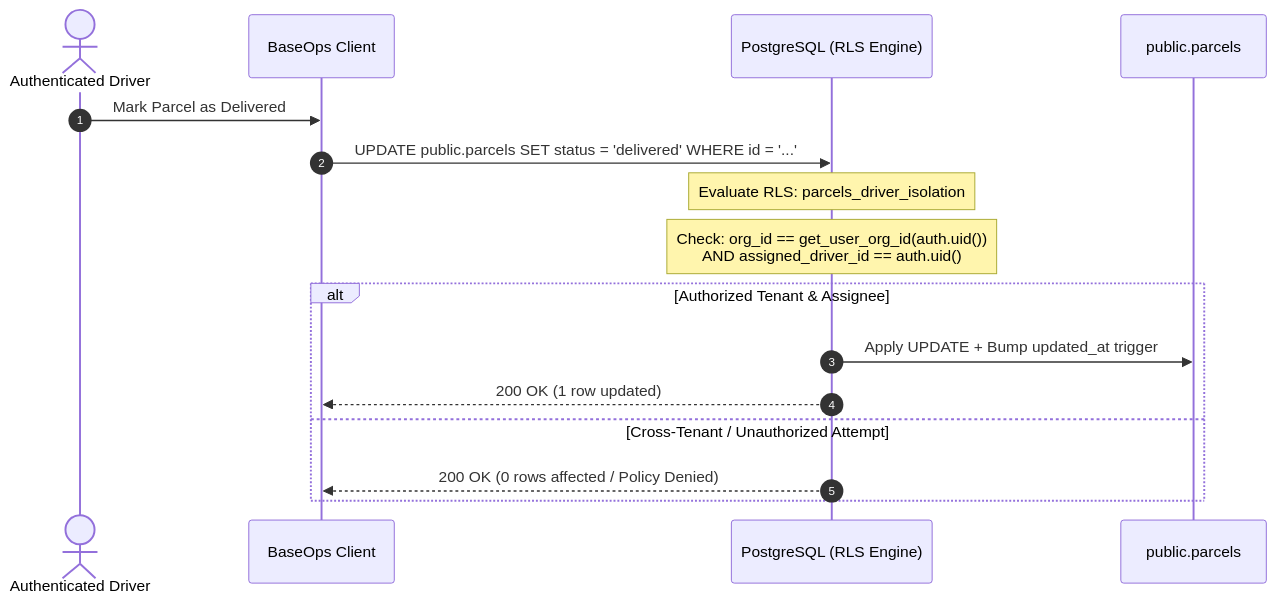
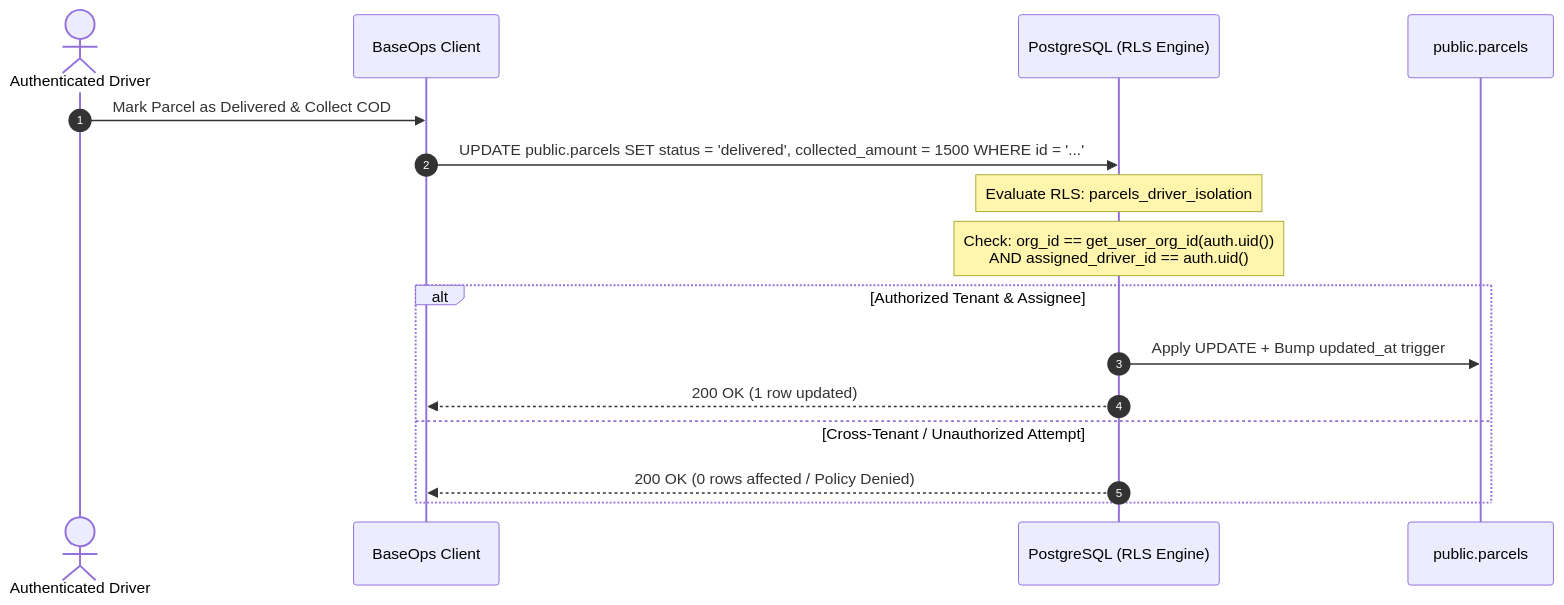
Before and after one commit to JohnApollos/baseops: the second of 5 diagrams in docs/ARCHITECTURE.md, drawn with Mermaid. The commit also changed other lines of this file and 31 other files, not shown here.

````diff
--- a/docs/ARCHITECTURE.md
+++ b/docs/ARCHITECTURE.md
@@ -57,19 +59,19 @@
 ```mermaid
 sequenceDiagram
     autonumber
     actor Driver as Authenticated Driver
     participant App as BaseOps Client
     participant PG as PostgreSQL (RLS Engine)
     participant Data as public.parcels
 
-    Driver->>App: Mark Parcel as Delivered
-    App->>PG: UPDATE public.parcels SET status = 'delivered' WHERE id = '...'
+    Driver->>App: Mark Parcel as Delivered & Collect COD
+    App->>PG: UPDATE public.parcels SET status = 'delivered', collected_amount = 1500 WHERE id = '...'
     Note over PG: Evaluate RLS: parcels_driver_isolation
     Note over PG: Check: org_id == get_user_org_id(auth.uid())<br/>AND assigned_driver_id == auth.uid()
     alt Authorized Tenant & Assignee
         PG->>Data: Apply UPDATE + Bump updated_at trigger
         PG-->>App: 200 OK (1 row updated)
     else Cross-Tenant / Unauthorized Attempt
         PG-->>App: 200 OK (0 rows affected / Policy Denied)
     end
 ```
````
